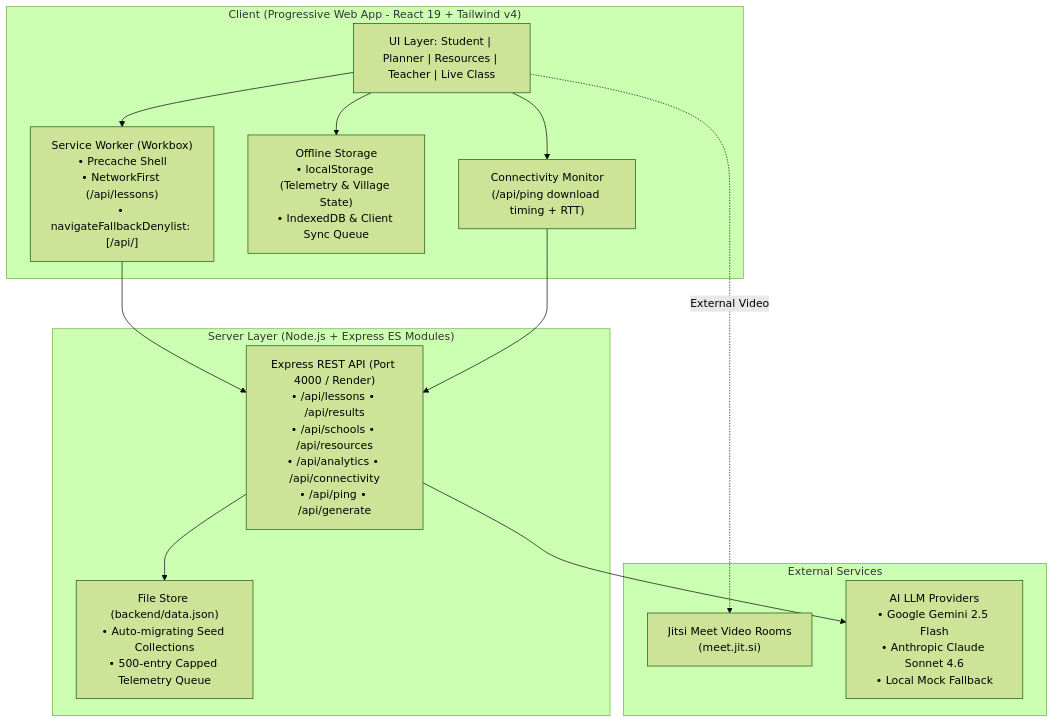
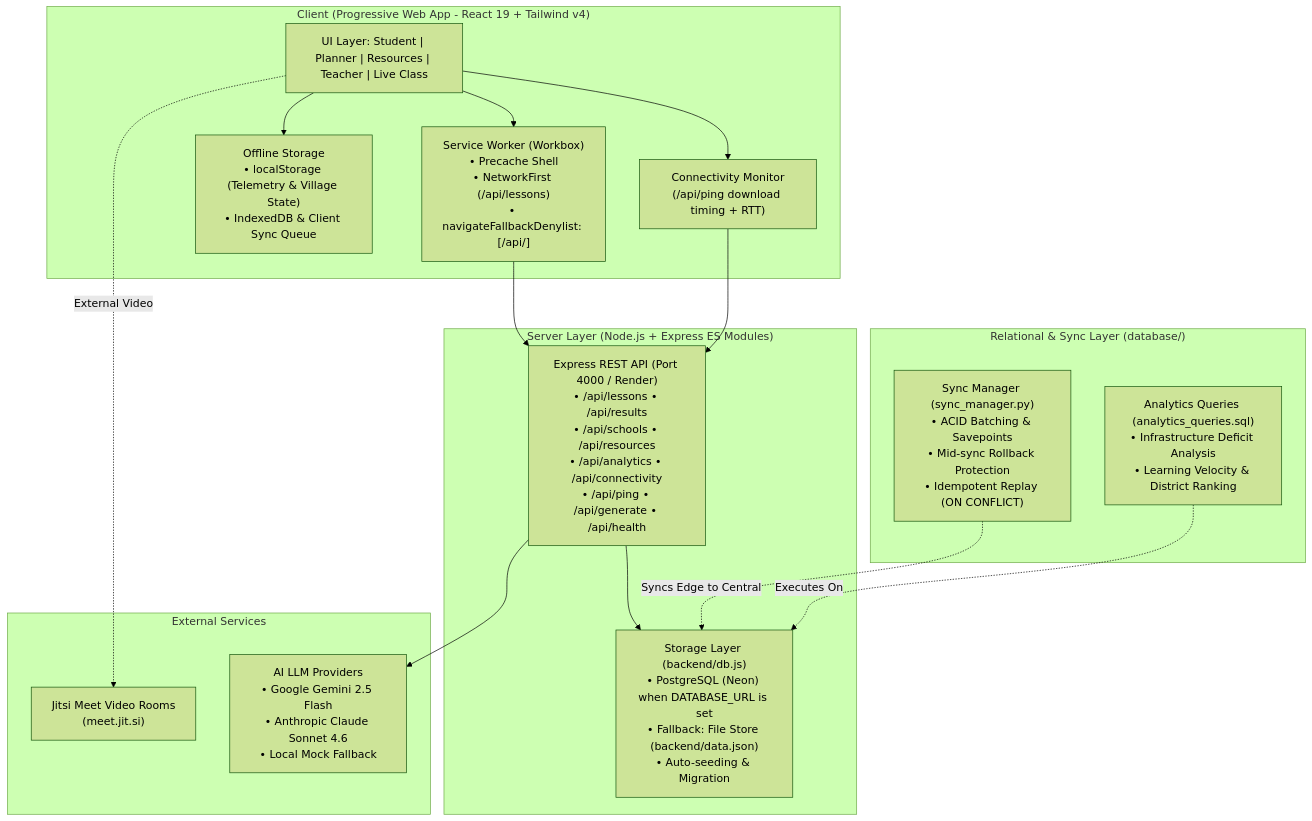
The diagram in README.md (Frxzlr/GramShiksha), drawn with Mermaid (forest theme) before and after one commit. The commit also changed other lines of this file, not shown here.

````diff
--- a/README.md
+++ b/README.md
@@ -43,28 +43,35 @@
 ```mermaid
 flowchart TD
     subgraph Client["Client (Progressive Web App - React 19 + Tailwind v4)"]
         UI["UI Layer: Student | Planner | Resources | Teacher | Live Class"]
         SW["Service Worker (Workbox)\n• Precache Shell\n• NetworkFirst (/api/lessons)\n• navigateFallbackDenylist: [/api/]"]
         IDB["Offline Storage\n• localStorage (Telemetry & Village State)\n• IndexedDB & Client Sync Queue"]
         Monitor["Connectivity Monitor\n(/api/ping download timing + RTT)"]
     end
 
     subgraph External["External Services"]
         Jitsi["Jitsi Meet Video Rooms\n(meet.jit.si)"]
         AI["AI LLM Providers\n• Google Gemini 2.5 Flash\n• Anthropic Claude Sonnet 4.6\n• Local Mock Fallback"]
     end
 
     subgraph Server["Server Layer (Node.js + Express ES Modules)"]
-        API["Express REST API (Port 4000 / Render)\n• /api/lessons • /api/results\n• /api/schools • /api/resources\n• /api/analytics • /api/connectivity\n• /api/ping • /api/generate"]
-        DB["File Store (backend/data.json)\n• Auto-migrating Seed Collections\n• 500-entry Capped Telemetry Queue"]
+        API["Express REST API (Port 4000 / Render)\n• /api/lessons • /api/results\n• /api/schools • /api/resources\n• /api/analytics • /api/connectivity\n• /api/ping • /api/generate • /api/health"]
+        DB["Storage Layer (backend/db.js)\n• PostgreSQL (Neon) when DATABASE_URL is set\n• Fallback: File Store (backend/data.json)\n• Auto-seeding & Migration"]
+    end
+
+    subgraph RelationalEngine["Relational & Sync Layer (database/)"]
+        SyncManager["Sync Manager (sync_manager.py)\n• ACID Batching & Savepoints\n• Mid-sync Rollback Protection\n• Idempotent Replay (ON CONFLICT)"]
+        AnalyticsQueries["Analytics Queries (analytics_queries.sql)\n• Infrastructure Deficit Analysis\n• Learning Velocity & District Ranking"]
     end
 
     UI --> SW
     UI --> Monitor
     UI --> IDB
     UI -.->|External Video| Jitsi
     SW --> API
     Monitor --> API
     API --> AI
     API --> DB
+    SyncManager -.->|Syncs Edge to Central| DB
+    AnalyticsQueries -.->|Executes On| DB
 ```
````
